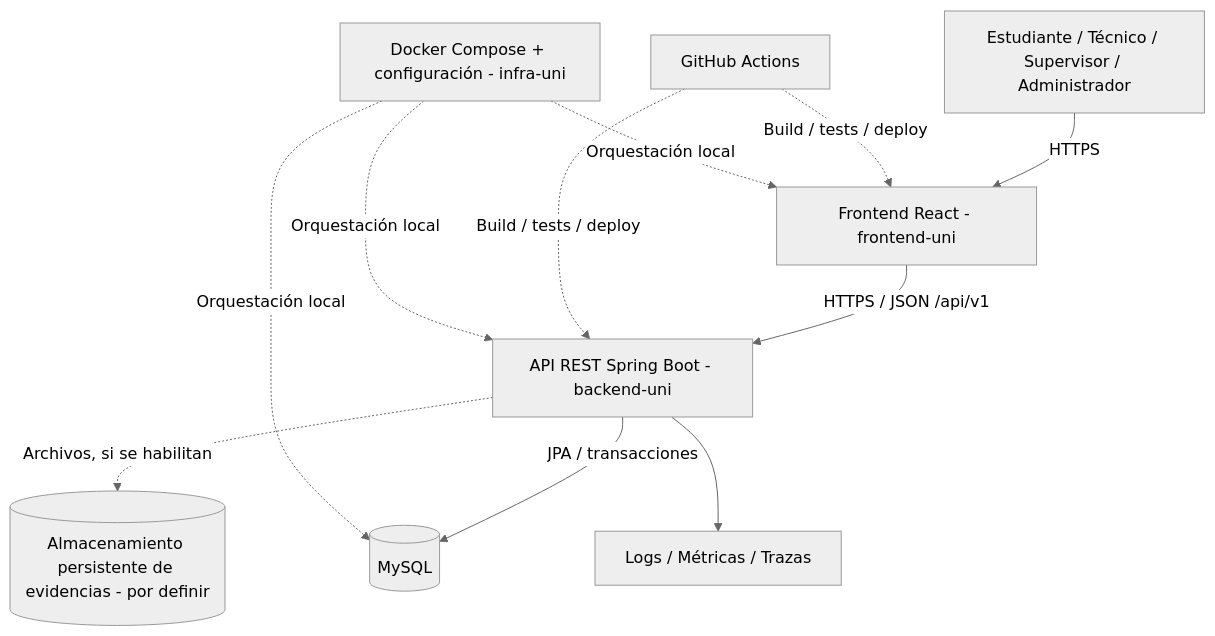
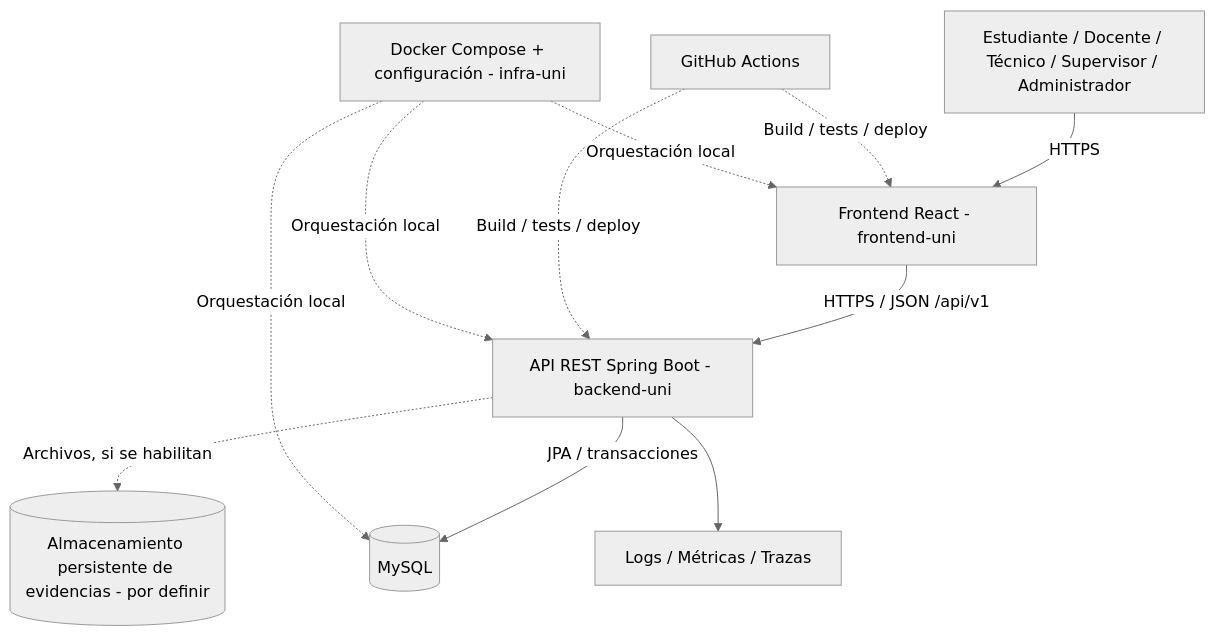
Before and after one commit to taller-web-sigesu/infra-uni: the diagram in docs/ARCHITECTURE.md, drawn with Mermaid (neutral theme). The commit also changed other lines of this file and 16 other files, not shown here.

First line of the commit message:
docs(infra): agregar el rol DOCENTE con permisos de estudiante

````diff
--- a/docs/ARCHITECTURE.md
+++ b/docs/ARCHITECTURE.md
@@ -61,22 +61,22 @@
 ```mermaid
 flowchart TD
-    U[Estudiante / Técnico / Supervisor / Administrador]
+    U[Estudiante / Docente / Técnico / Supervisor / Administrador]
     F[Frontend React - frontend-uni]
     B[API REST Spring Boot - backend-uni]
     DB[(MySQL)]
     E[(Almacenamiento persistente de evidencias - por definir)]
     O[Logs / Métricas / Trazas]
     CI[GitHub Actions]
     I[Docker Compose + configuración - infra-uni]
 
     U -->|HTTPS| F
     F -->|HTTPS / JSON /api/v1| B
     B -->|JPA / transacciones| DB
     B -.->|Archivos, si se habilitan| E
     B --> O
     CI -.->|Build / tests / deploy| F
     CI -.->|Build / tests / deploy| B
     I -.->|Orquestación local| F
     I -.->|Orquestación local| B
     I -.->|Orquestación local| DB
 ```
````
